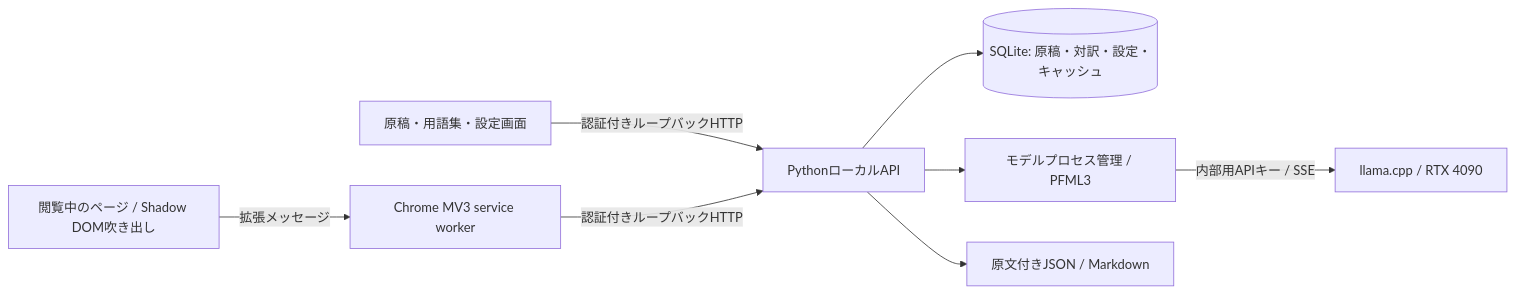
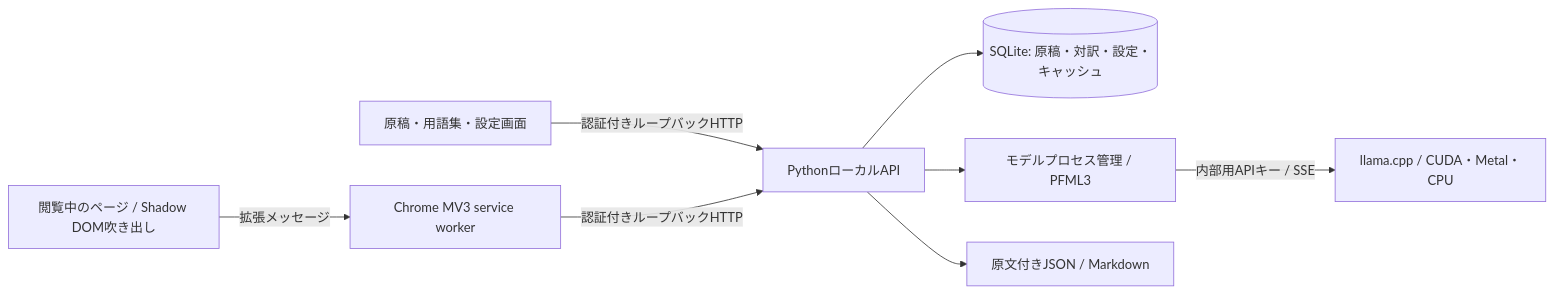
The diagram in docs/ARCHITECTURE.md (kami9811/plamo-local-translator-public), drawn with Mermaid before and after one commit. The commit also changed 17 other files, not shown here.

````diff
--- a/docs/ARCHITECTURE.md
+++ b/docs/ARCHITECTURE.md
@@ -3,10 +3,10 @@
 ```mermaid
 flowchart LR
   Web[閲覧中のページ / Shadow DOM吹き出し] -->|拡張メッセージ| SW[Chrome MV3 service worker]
   UI[原稿・用語集・設定画面] -->|認証付きループバックHTTP| API[PythonローカルAPI]
   SW -->|認証付きループバックHTTP| API
   API --> Store[(SQLite: 原稿・対訳・設定・キャッシュ)]
   API --> Engine[モデルプロセス管理 / PFML3]
-  Engine -->|内部用APIキー / SSE| Llama[llama.cpp / RTX 4090]
+  Engine -->|内部用APIキー / SSE| Llama[llama.cpp / CUDA・Metal・CPU]
   API --> Export[原文付きJSON / Markdown]
 ```
````
